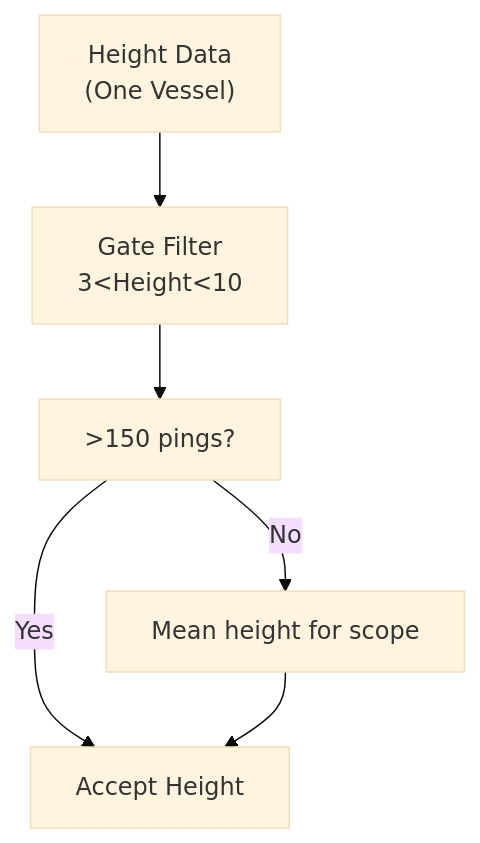
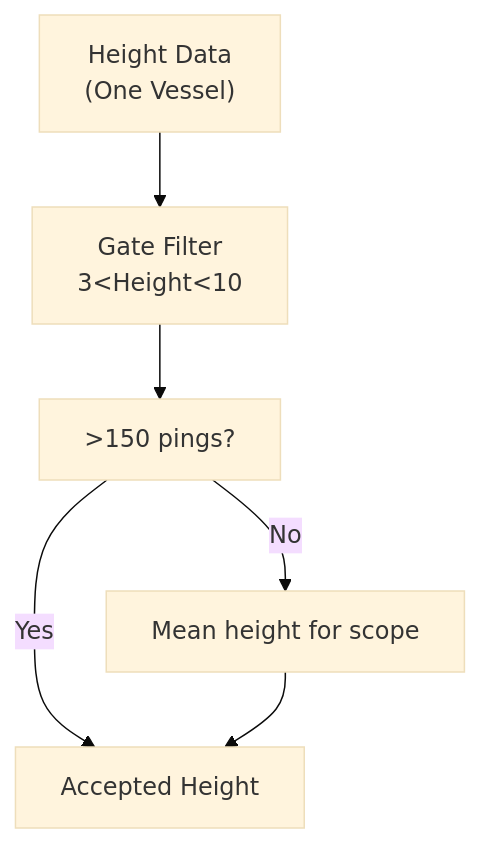
The fourth of 6 diagrams in assets/nm_flowchart.md (afsc-gap-products/trawlmetrics), drawn with Mermaid (base theme) before and after one commit. The commit also changed other lines of this file, not shown here.

````diff
--- a/assets/nm_flowchart.md
+++ b/assets/nm_flowchart.md
@@ -111,8 +111,8 @@
 ``` mermaid
 graph TD
     HA["Height Data<br>(One Vessel)"]-->HB["Gate Filter<br>0&lt;Height&lt;6"]
     HB["Gate Filter<br>3&lt;Height&lt;10"]-->HC["&gt;150 pings?"]
     HC["&gt;150 pings?"]-->|No| HG[Mean height for scope]
-    HC["&gt;150 pings?"]-->|Yes| HH[Accept Height]
-    HG[Mean height for scope]-->HH[Accept Height]
+    HC["&gt;150 pings?"]-->|Yes| HH[Accepted Height]
+    HG[Mean height for scope]-->HH[Accepted Height]
 ```
````
